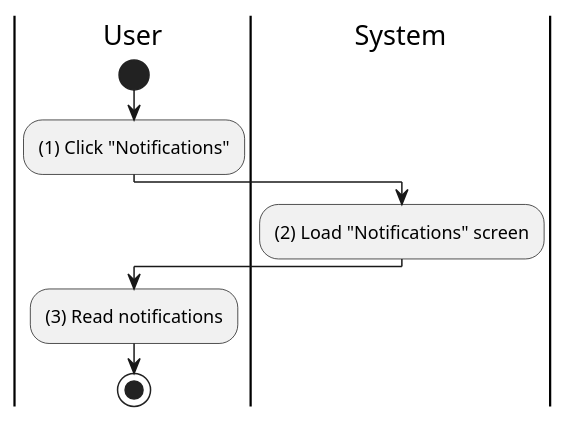
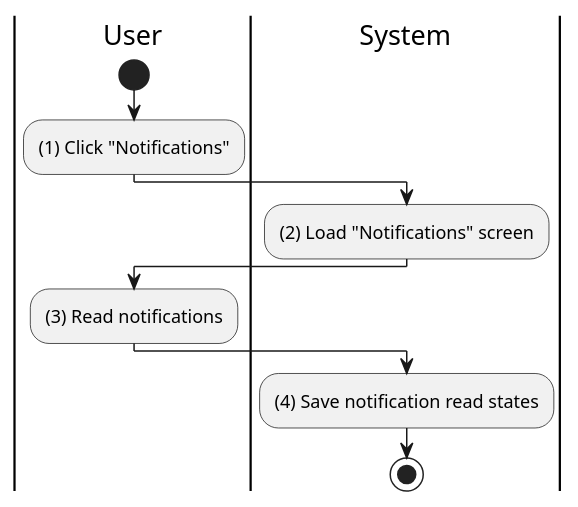
Before and after one commit to phihungha/SE357-Practice-class: the diagram in Lab1/Lab1.2/activities/my-notification-view.plantuml, drawn with PlantUML. The commit also changed 21 other files, not shown here.

Commit message:
Finalize activity diagram

```diff
--- a/Lab1/Lab1.2/activities/my-notification-view.plantuml
+++ b/Lab1/Lab1.2/activities/my-notification-view.plantuml
@@ -1,15 +1,18 @@
 @startuml my-notification-view
 |u|User
 |s|System
 
 |u|
 start
 :(1) Click "Notifications";
 
 |s|
 :(2) Load "Notifications" screen;
 
 |u|
 :(3) Read notifications;
+
+|s|
+:(4) Save notification read states;
 stop
 @enduml
```
